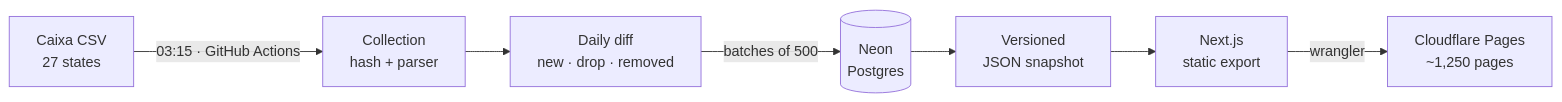
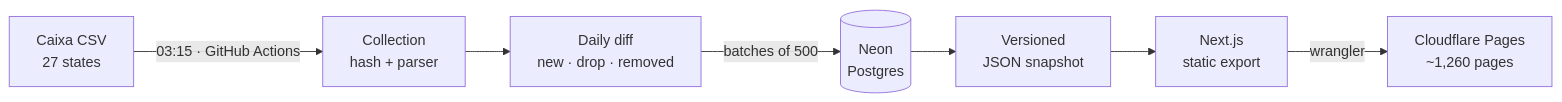
One commit to tarlisodoria/garimpo-imoveis changed the diagram in README.en.md. Above: the diagram before and after it, drawn with Mermaid. The commit also changed other lines of this file and 14 other files, not shown here.

````diff
--- a/README.en.md
+++ b/README.en.md
@@ -51,9 +55,9 @@
 ```mermaid
 flowchart LR
     caixa["Caixa CSV<br/>27 states"] -->|"03:15 · GitHub Actions"| coleta["Collection<br/>hash + parser"]
     coleta --> diff["Daily diff<br/>new · drop · removed"]
     diff -->|"batches of 500"| neon[("Neon<br/>Postgres")]
     neon --> snapshot["Versioned<br/>JSON snapshot"]
     snapshot --> build["Next.js<br/>static export"]
-    build -->|"wrangler"| pages["Cloudflare Pages<br/>~1,250 pages"]
+    build -->|"wrangler"| pages["Cloudflare Pages<br/>~1,260 pages"]
 ```
````
